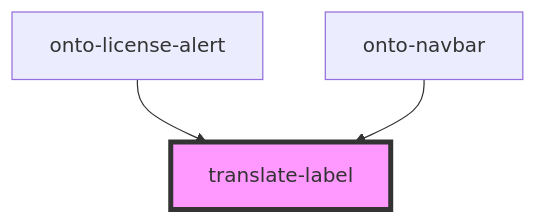
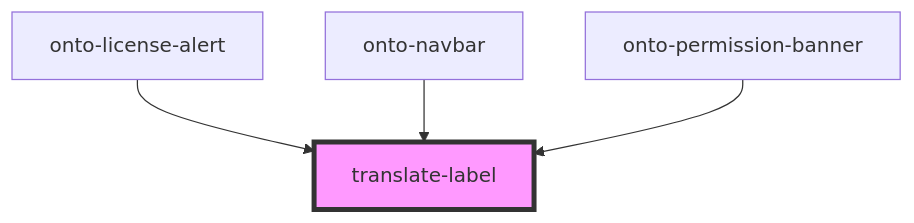
One commit to Ontotext-AD/graphdb-workbench changed the diagram in packages/shared-components/src/components/translate-label/readme.md. Above: the diagram before and after it, drawn with Mermaid. The commit also changed other lines of this file and 16 other files, not shown here.

First line of the commit message:
GDB-11319 - create alert banner for denied permission

````diff
--- a/packages/shared-components/src/components/translate-label/readme.md
+++ b/packages/shared-components/src/components/translate-label/readme.md
@@ -35,6 +36,7 @@
 ```mermaid
 graph TD;
   onto-license-alert --> translate-label
   onto-navbar --> translate-label
+  onto-permission-banner --> translate-label
   style translate-label fill:#f9f,stroke:#333,stroke-width:4px
 ```
````
